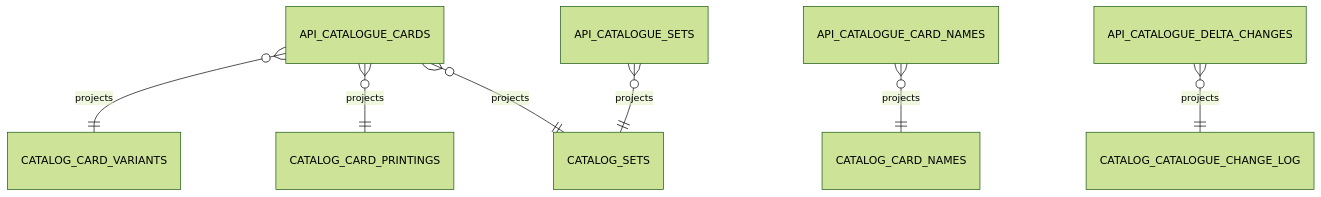
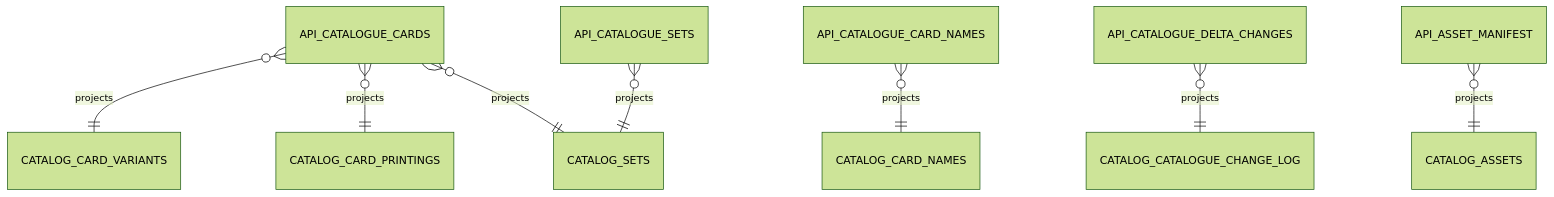
One commit to tberridge86/Stackr changed the fifth of 5 diagrams in docs/stackr-api/canonical-catalogue-er.md. Above: the diagram before and after it, drawn with Mermaid (forest theme). The commit also changed other lines of this file and 15 other files, not shown here.

````diff
--- a/docs/stackr-api/canonical-catalogue-er.md
+++ b/docs/stackr-api/canonical-catalogue-er.md
@@ -92,9 +99,10 @@
 ```mermaid
 erDiagram
   API_CATALOGUE_CARDS }o--|| CATALOG_CARD_VARIANTS : projects
   API_CATALOGUE_CARDS }o--|| CATALOG_CARD_PRINTINGS : projects
   API_CATALOGUE_CARDS }o--|| CATALOG_SETS : projects
   API_CATALOGUE_SETS }o--|| CATALOG_SETS : projects
   API_CATALOGUE_CARD_NAMES }o--|| CATALOG_CARD_NAMES : projects
   API_CATALOGUE_DELTA_CHANGES }o--|| CATALOG_CATALOGUE_CHANGE_LOG : projects
+  API_ASSET_MANIFEST }o--|| CATALOG_ASSETS : projects
 ```
````
